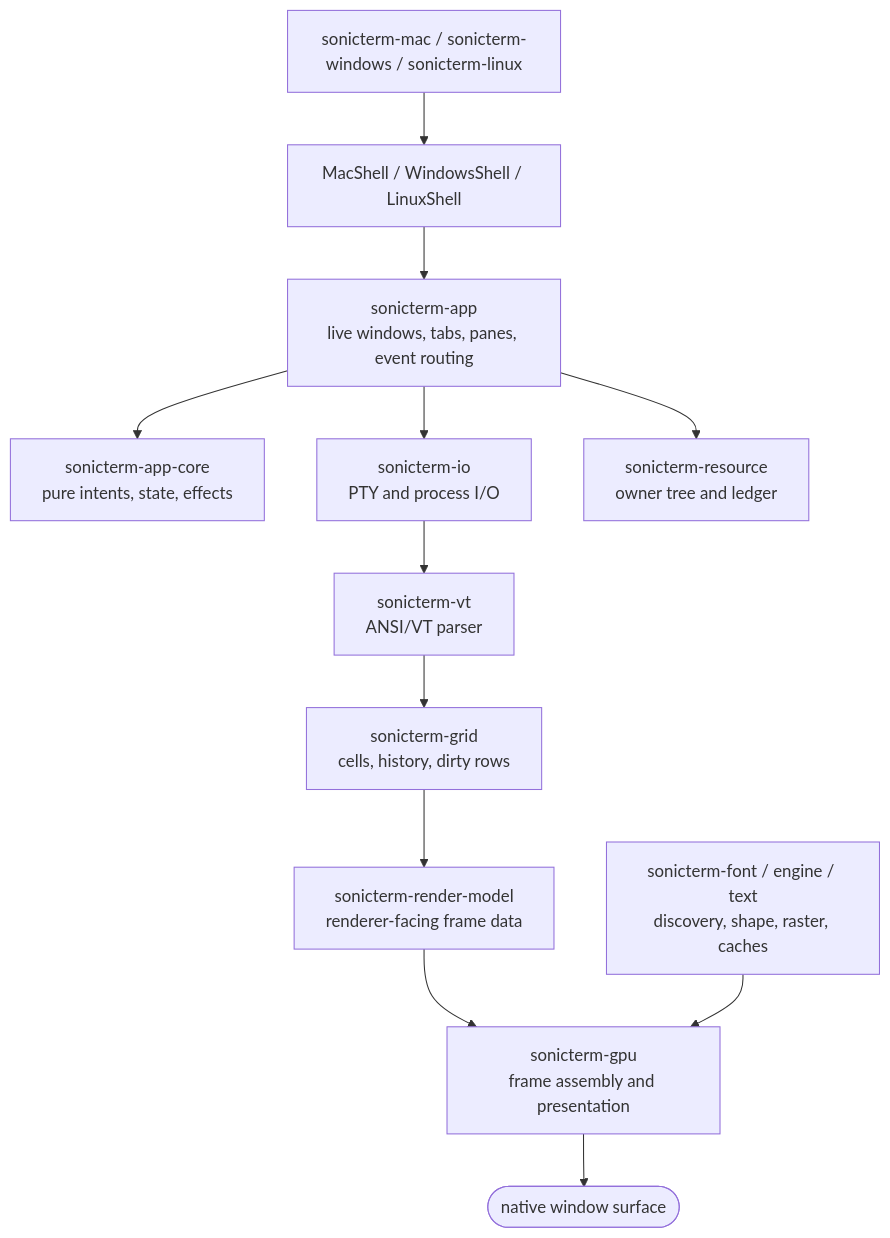
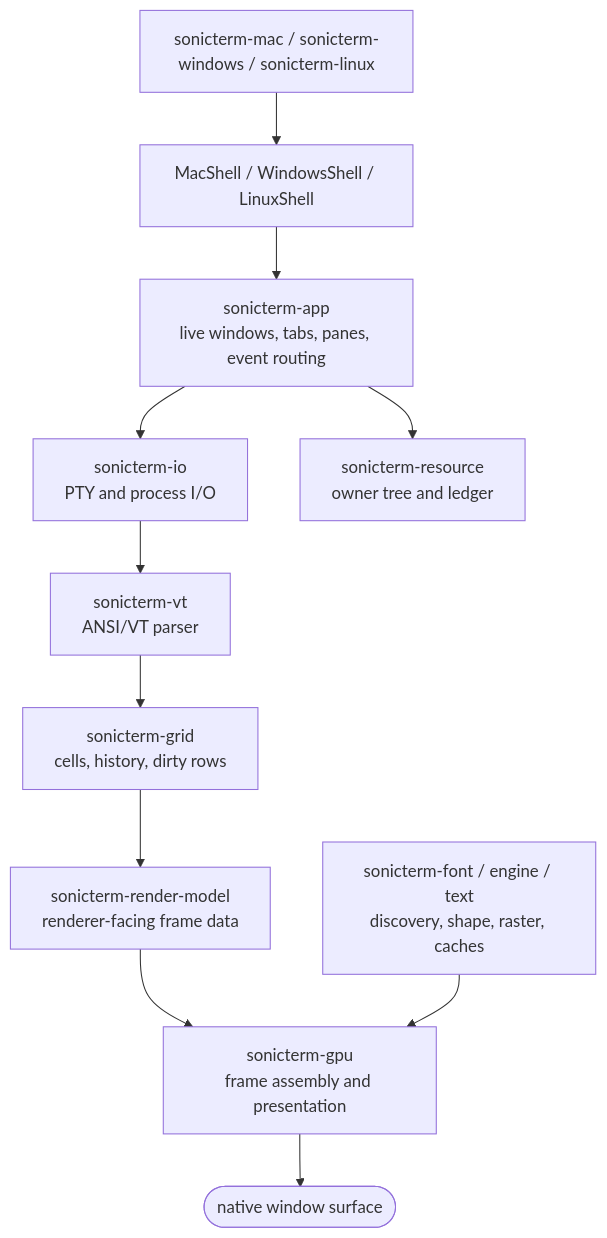
The first of 2 diagrams in wiki/Architecture.md (D0n9X1n/SonicTerm), drawn with Mermaid before and after one commit. The commit also changed other lines of this file and 458 other files, not shown here.

First line of the commit message:
dev:mac: v1.5.3: remove the app-core reducer; OSC parity with WezTerm, Ghostty and kitty (#1944)

````diff
--- a/wiki/Architecture.md
+++ b/wiki/Architecture.md
@@ -17,21 +17,19 @@
 ```mermaid
 flowchart TD
     platform["sonicterm-mac / sonicterm-windows / sonicterm-linux"]
     shell["MacShell / WindowsShell / LinuxShell"]
     app["sonicterm-app<br/>live windows, tabs, panes, event routing"]
-    core["sonicterm-app-core<br/>pure intents, state, effects"]
     io["sonicterm-io<br/>PTY and process I/O"]
     vt["sonicterm-vt<br/>ANSI/VT parser"]
     grid["sonicterm-grid<br/>cells, history, dirty rows"]
     model["sonicterm-render-model<br/>renderer-facing frame data"]
     font["sonicterm-font / engine / text<br/>discovery, shape, raster, caches"]
     gpu["sonicterm-gpu<br/>frame assembly and presentation"]
     screen(["native window surface"])
     resource["sonicterm-resource<br/>owner tree and ledger"]
 
     platform --> shell --> app
-    app --> core
     app --> io --> vt --> grid --> model --> gpu --> screen
     font --> gpu
     app --> resource
 ```
````
